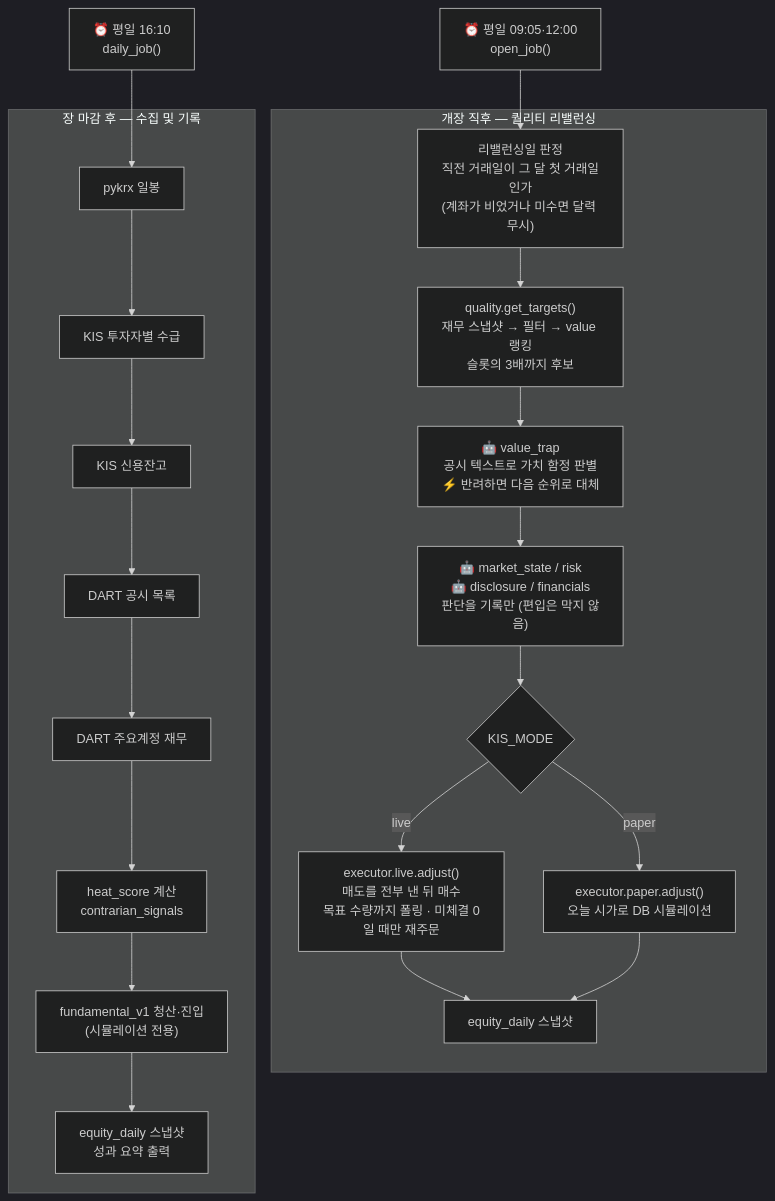
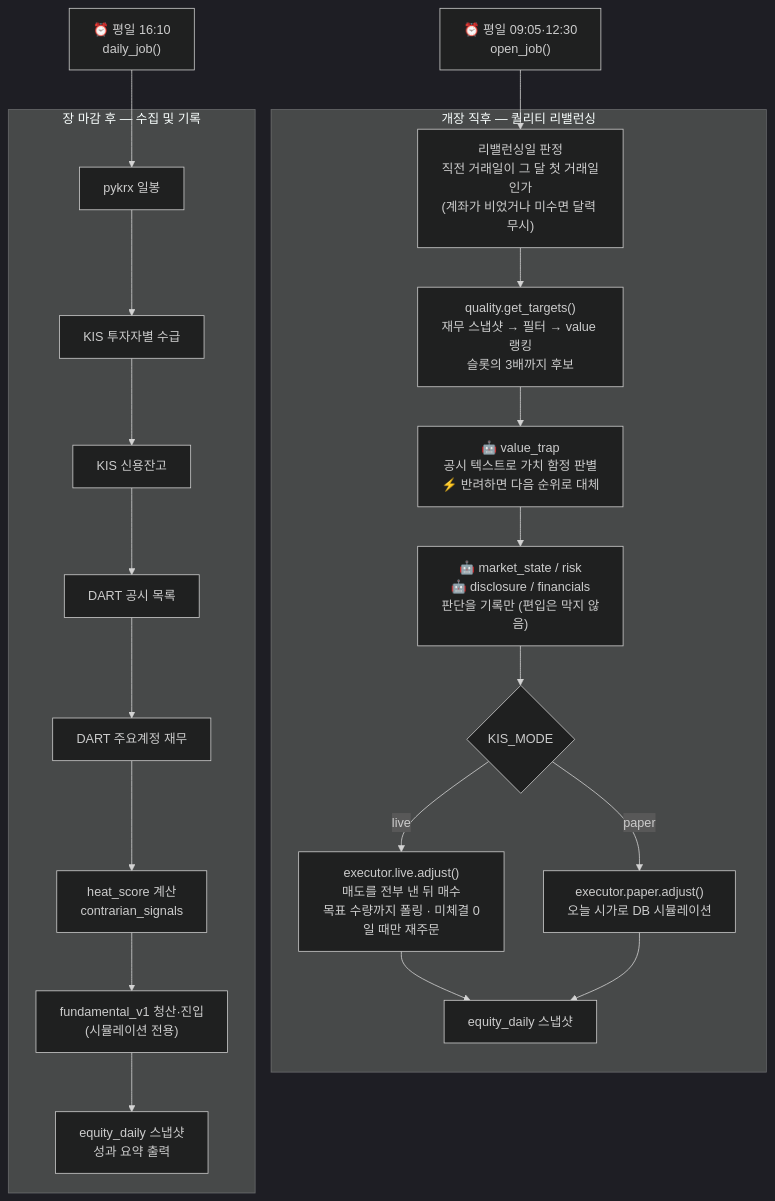
The diagram in README.md (polymathPD/WarrentBuffettBot), drawn with Mermaid (dark theme) before and after one commit. The commit also changed other lines of this file and 3 other files, not shown here.

````diff
--- a/README.md
+++ b/README.md
@@ -21,33 +21,33 @@
 ```mermaid
 flowchart TD
-    OPEN["⏰ 평일 09:05·12:00\nopen_job()"]
+    OPEN["⏰ 평일 09:05·12:30\nopen_job()"]
     CLOSE["⏰ 평일 16:10\ndaily_job()"]
 
     subgraph REBAL["개장 직후 — 퀄리티 리밸런싱"]
         R1["리밸런싱일 판정\n직전 거래일이 그 달 첫 거래일인가\n(계좌가 비었거나 미수면 달력 무시)"]
         R2["quality.get_targets()\n재무 스냅샷 → 필터 → value 랭킹\n슬롯의 3배까지 후보"]
         R3["🤖 value_trap\n공시 텍스트로 가치 함정 판별\n⚡ 반려하면 다음 순위로 대체"]
         R4["🤖 market_state / risk\n🤖 disclosure / financials\n판단을 기록만 (편입은 막지 않음)"]
         R5{"KIS_MODE"}
         R6["executor.live.adjust()\n매도를 전부 낸 뒤 매수\n목표 수량까지 폴링 · 미체결 0일 때만 재주문"]
         R7["executor.paper.adjust()\n오늘 시가로 DB 시뮬레이션"]
         R8["equity_daily 스냅샷"]
     end
 
     subgraph COLLECT["장 마감 후 — 수집 및 기록"]
         C1["pykrx 일봉"]
         C2["KIS 투자자별 수급"]
         C3["KIS 신용잔고"]
         C4["DART 공시 목록"]
         C5["DART 주요계정 재무"]
         C6["heat_score 계산\ncontrarian_signals"]
         C7["fundamental_v1 청산·진입\n(시뮬레이션 전용)"]
         C8["equity_daily 스냅샷\n성과 요약 출력"]
     end
 
     OPEN --> R1 --> R2 --> R3 --> R4 --> R5
     R5 -->|live| R6 --> R8
     R5 -->|paper| R7 --> R8
 
     CLOSE --> C1 --> C2 --> C3 --> C4 --> C5 --> C6 --> C7 --> C8
 ```
````
